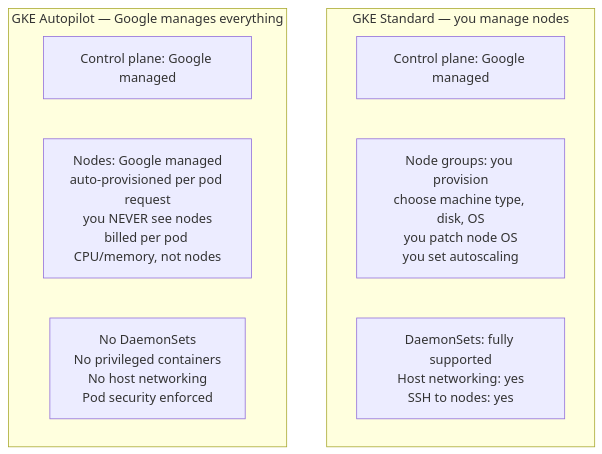
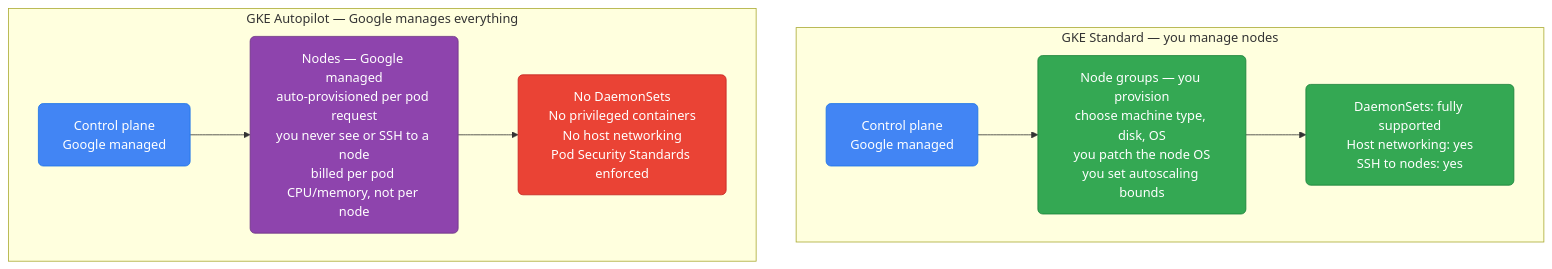
Before and after one commit to deepanshu-rawat6/DevOpsIndex: the first of 7 diagrams in gcp/gke.md, drawn with Mermaid. The commit also changed other lines of this file and 14 other files, not shown here.

````diff
--- a/gcp/gke.md
+++ b/gcp/gke.md
@@ -9,14 +14,21 @@
 ```mermaid
 graph TD
+    classDef cp fill:#4285F4,stroke:#1a73e8,color:#fff,rx:6
+    classDef standard fill:#34A853,stroke:#188038,color:#fff,rx:6
+    classDef autopilot fill:#8e44ad,stroke:#6c3483,color:#fff,rx:6
+    classDef limit fill:#EA4335,stroke:#c5221f,color:#fff,rx:6
+
     subgraph STANDARD["GKE Standard — you manage nodes"]
-        STD_CP["Control plane: Google managed"]
-        STD_NG["Node groups: you provision<br>choose machine type, disk, OS<br>you patch node OS<br>you set autoscaling"]
-        STD_DS["DaemonSets: fully supported<br>Host networking: yes<br>SSH to nodes: yes"]
+        STD_CP["Control plane<br/>Google managed"]:::cp
+        STD_NG["Node groups — you provision<br/>choose machine type, disk, OS<br/>you patch the node OS<br/>you set autoscaling bounds"]:::standard
+        STD_DS["DaemonSets: fully supported<br/>Host networking: yes<br/>SSH to nodes: yes"]:::standard
+        STD_CP --> STD_NG --> STD_DS
     end
 
     subgraph AUTOPILOT["GKE Autopilot — Google manages everything"]
-        AUTO_CP["Control plane: Google managed"]
-        AUTO_N["Nodes: Google managed<br>auto-provisioned per pod request<br>you NEVER see nodes<br>billed per pod CPU/memory, not nodes"]
-        AUTO_LIMIT["No DaemonSets<br>No privileged containers<br>No host networking<br>Pod security enforced"]
+        AUTO_CP["Control plane<br/>Google managed"]:::cp
+        AUTO_N["Nodes — Google managed<br/>auto-provisioned per pod request<br/>you never see or SSH to a node<br/>billed per pod CPU/memory, not per node"]:::autopilot
+        AUTO_LIMIT["No DaemonSets<br/>No privileged containers<br/>No host networking<br/>Pod Security Standards enforced"]:::limit
+        AUTO_CP --> AUTO_N --> AUTO_LIMIT
     end
 ```
````
